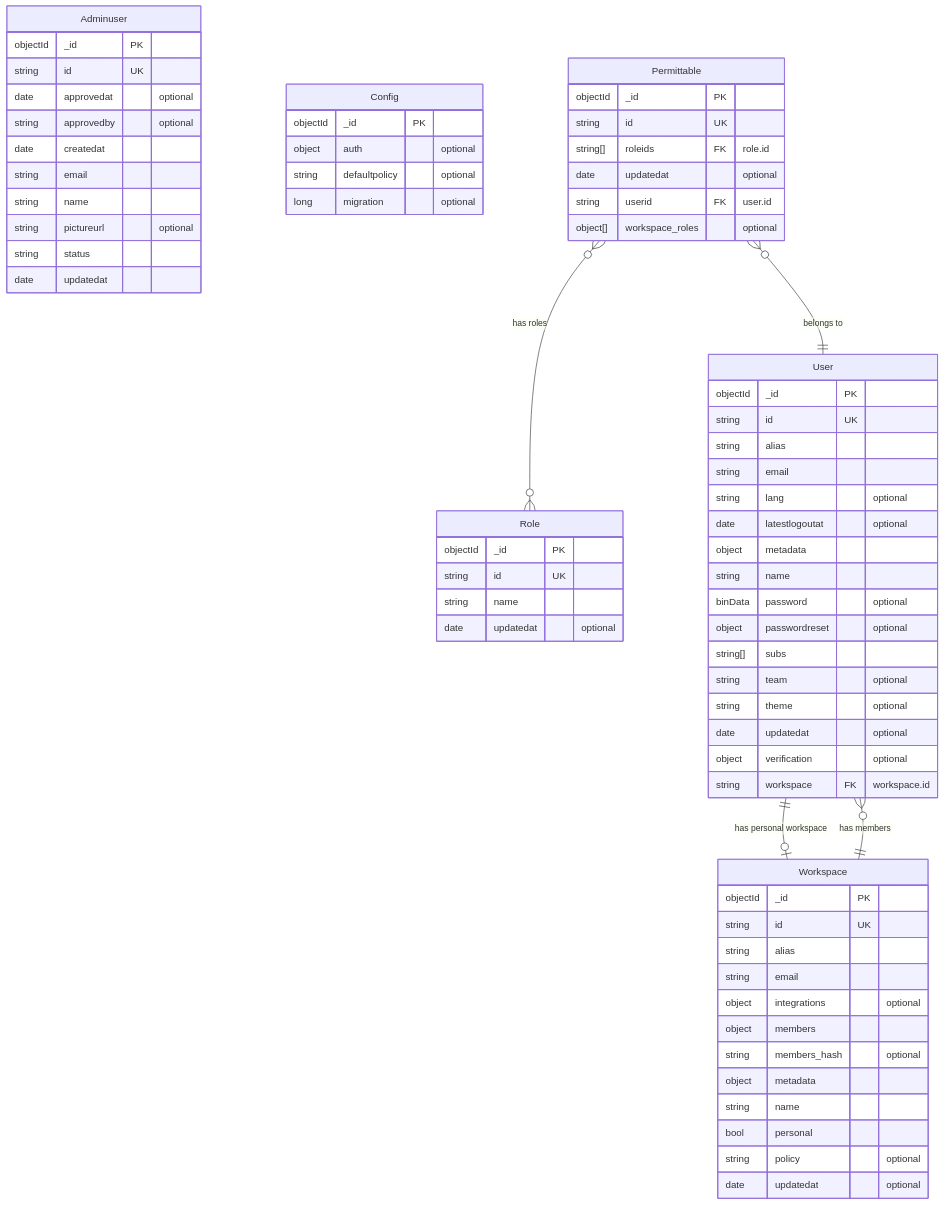
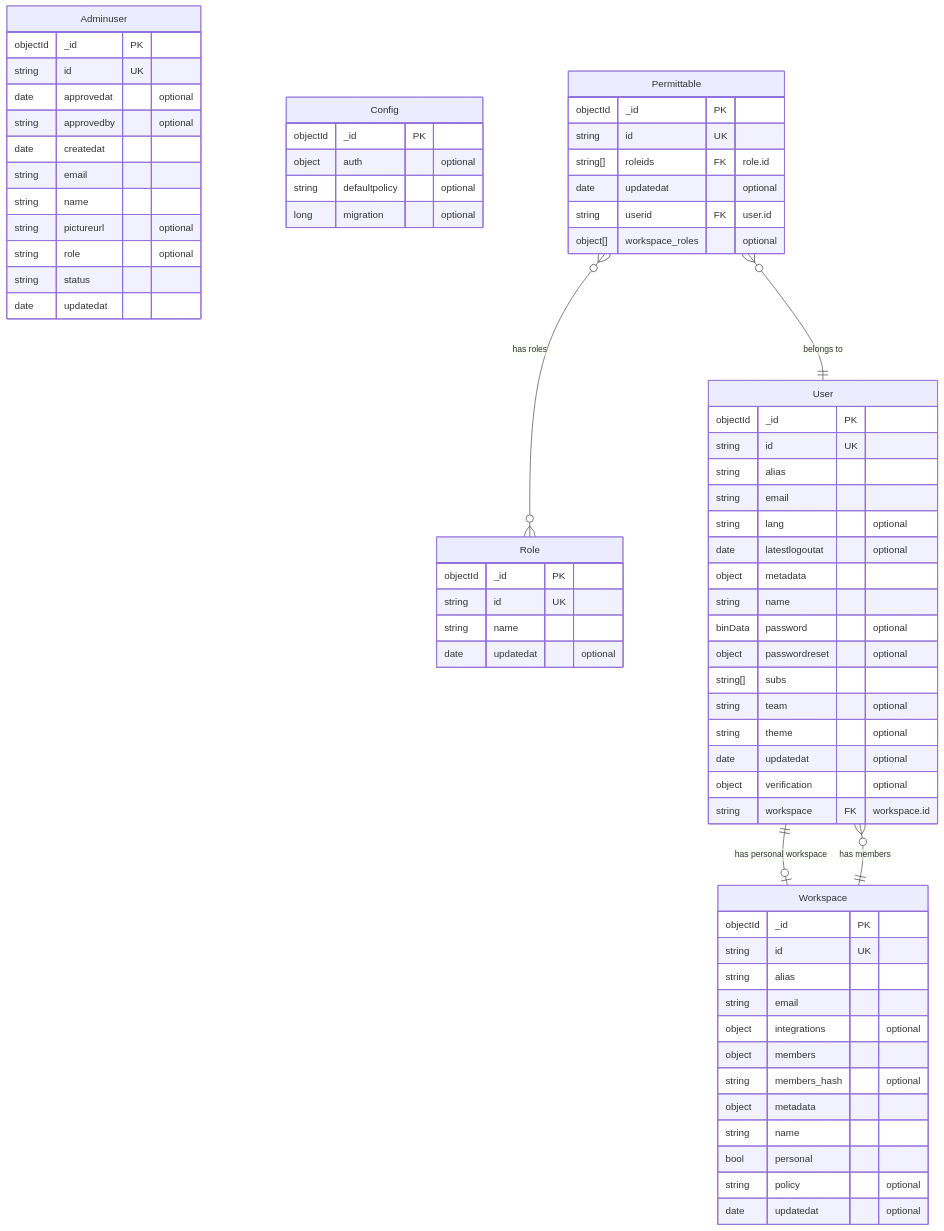
One commit to reearth/reearth-accounts changed the diagram in server/internal/infrastructure/mongo/schema/ER.md. Above: the diagram before and after it, drawn with Mermaid. The commit also changed 18 other files, not shown here.

````diff
--- a/server/internal/infrastructure/mongo/schema/ER.md
+++ b/server/internal/infrastructure/mongo/schema/ER.md
@@ -5,77 +5,78 @@
 ```mermaid
 erDiagram
     Adminuser {
         objectId _id PK
         string id UK
         date approvedat "optional"
         string approvedby "optional"
         date createdat
         string email
         string name
         string pictureurl "optional"
+        string role "optional"
         string status
         date updatedat
     }
 
     Config {
         objectId _id PK
         object auth "optional"
         string defaultpolicy "optional"
         long migration "optional"
     }
 
     Permittable {
         objectId _id PK
         string id UK
         string[] roleids FK "role.id"
         date updatedat "optional"
         string userid FK "user.id"
         object[] workspace_roles "optional"
     }
 
     Role {
         objectId _id PK
         string id UK
         string name
         date updatedat "optional"
     }
 
     User {
         objectId _id PK
         string id UK
         string alias
         string email
         string lang "optional"
         date latestlogoutat "optional"
         object metadata
         string name
         binData password "optional"
         object passwordreset "optional"
         string[] subs
         string team "optional"
         string theme "optional"
         date updatedat "optional"
         object verification "optional"
         string workspace FK "workspace.id"
     }
 
     Workspace {
         objectId _id PK
         string id UK
         string alias
         string email
         object integrations "optional"
         object members
         string members_hash "optional"
         object metadata
         string name
         bool personal
         string policy "optional"
         date updatedat "optional"
     }
 
     User ||--o| Workspace : "has personal workspace"
     Workspace ||--o{ User : "has members"
     Permittable }o--|| User : "belongs to"
     Permittable }o--o{ Role : "has roles"
 ```
````
